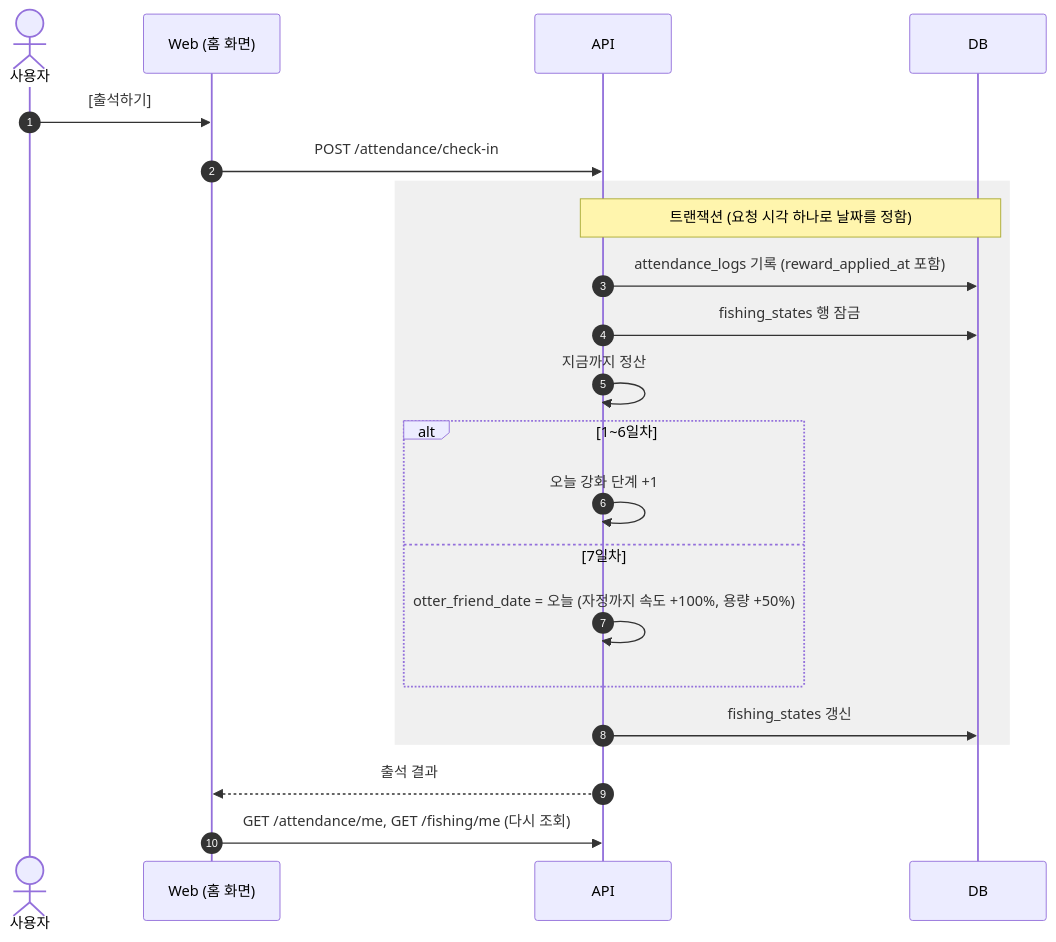
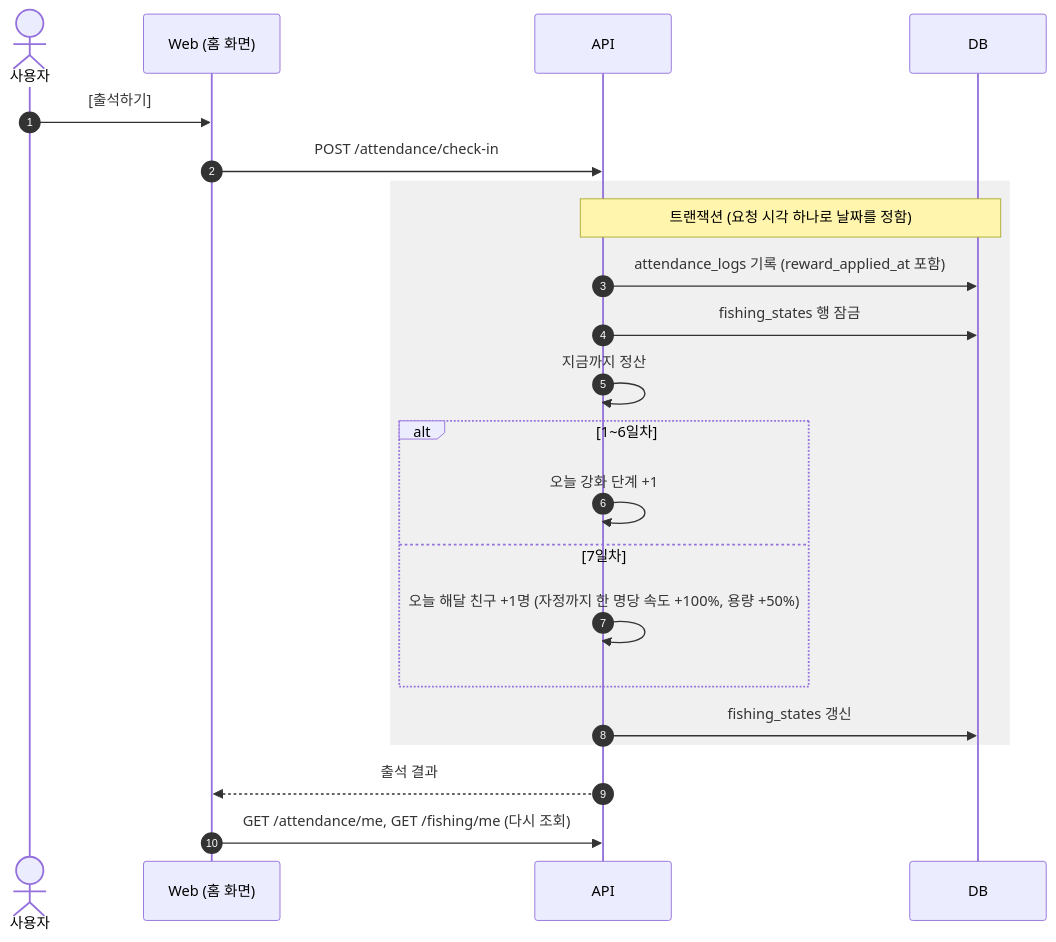
The fifth of 7 diagrams in docs/design/fishing-sequence.md (toss-minigame/haedalpoint), drawn with Mermaid before and after one commit. The commit also changed other lines of this file and 4 other files, not shown here.

````diff
--- a/docs/design/fishing-sequence.md
+++ b/docs/design/fishing-sequence.md
@@ -99,25 +101,25 @@
 ```mermaid
 sequenceDiagram
     autonumber
     actor U as 사용자
     participant W as Web (홈 화면)
     participant A as API
     participant D as DB
 
     U->>W: [출석하기]
     W->>A: POST /attendance/check-in
     rect rgb(240, 240, 240)
         Note over A,D: 트랜잭션 (요청 시각 하나로 날짜를 정함)
         A->>D: attendance_logs 기록 (reward_applied_at 포함)
         A->>D: fishing_states 행 잠금
         A->>A: 지금까지 정산
         alt 1~6일차
             A->>A: 오늘 강화 단계 +1
         else 7일차
-            A->>A: otter_friend_date = 오늘 (자정까지 속도 +100%, 용량 +50%)
+            A->>A: 오늘 해달 친구 +1명 (자정까지 한 명당 속도 +100%, 용량 +50%)
         end
         A->>D: fishing_states 갱신
     end
     A-->>W: 출석 결과
     W->>A: GET /attendance/me, GET /fishing/me (다시 조회)
 ```
````
